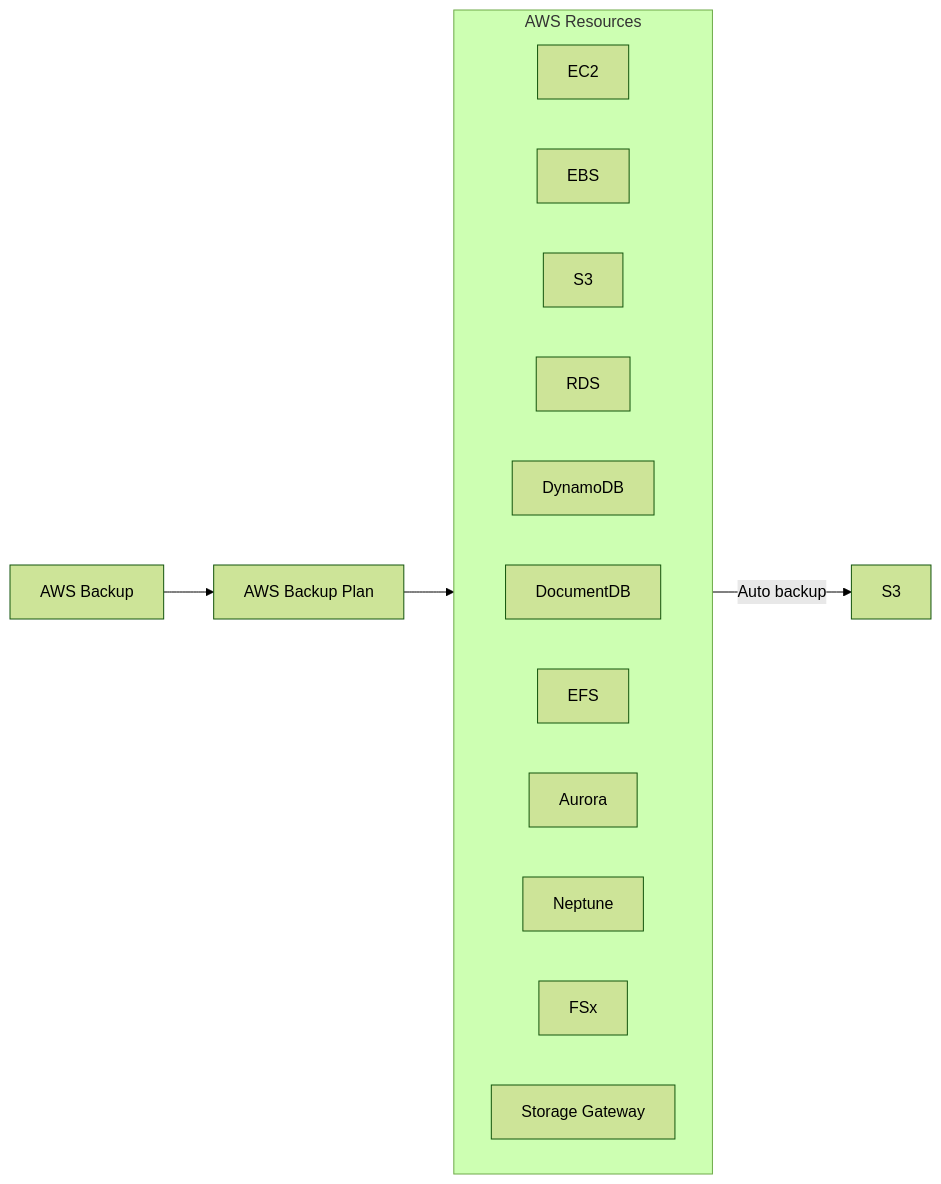
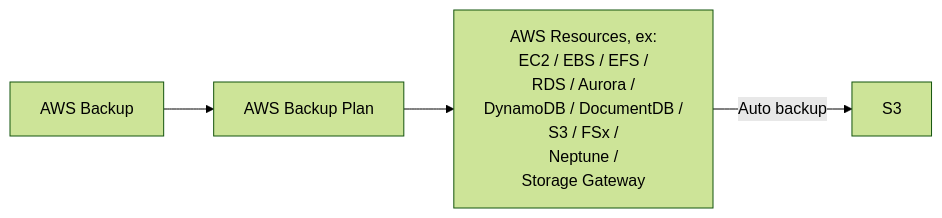
One commit to cool21540125/documentation-notes changed diagram 14 of 14 in aws/cert-SAA_C02.md. Above: the diagram before and after it, drawn with Mermaid (forest theme). The commit also changed other lines of this file and 10 other files, not shown here.

````diff
--- a/aws/cert-SAA_C02.md
+++ b/aws/cert-SAA_C02.md
@@ -764,17 +788,11 @@
 ```mermaid
 flowchart LR
 
 backup["AWS Backup"]
 plan["AWS Backup Plan"]
-subgraph rr["AWS Resources"]
-    direction LR
-    EC2; EBS; s3["S3"]; 
-    RDS; DynamoDB; DocumentDB; 
-    EFS; Aurora; Neptune; FSx;
-    sg["Storage Gateway"]
-end
+rr["AWS Resources, ex: \n EC2 / EBS / EFS / \n RDS / Aurora / \n DynamoDB / DocumentDB / \n S3 / FSx / \n Neptune / \n Storage Gateway"]
 
 backup --> plan;
 plan --> rr;
 rr -- "Auto backup" --> S3;
 ```
````
